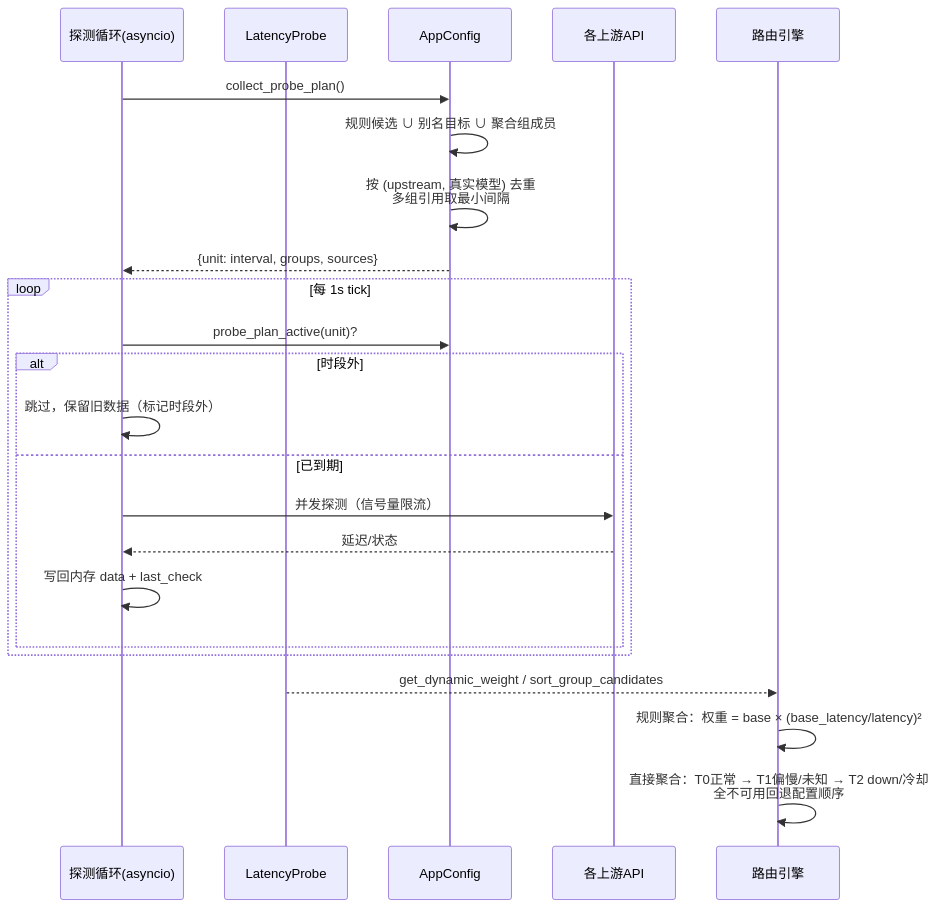
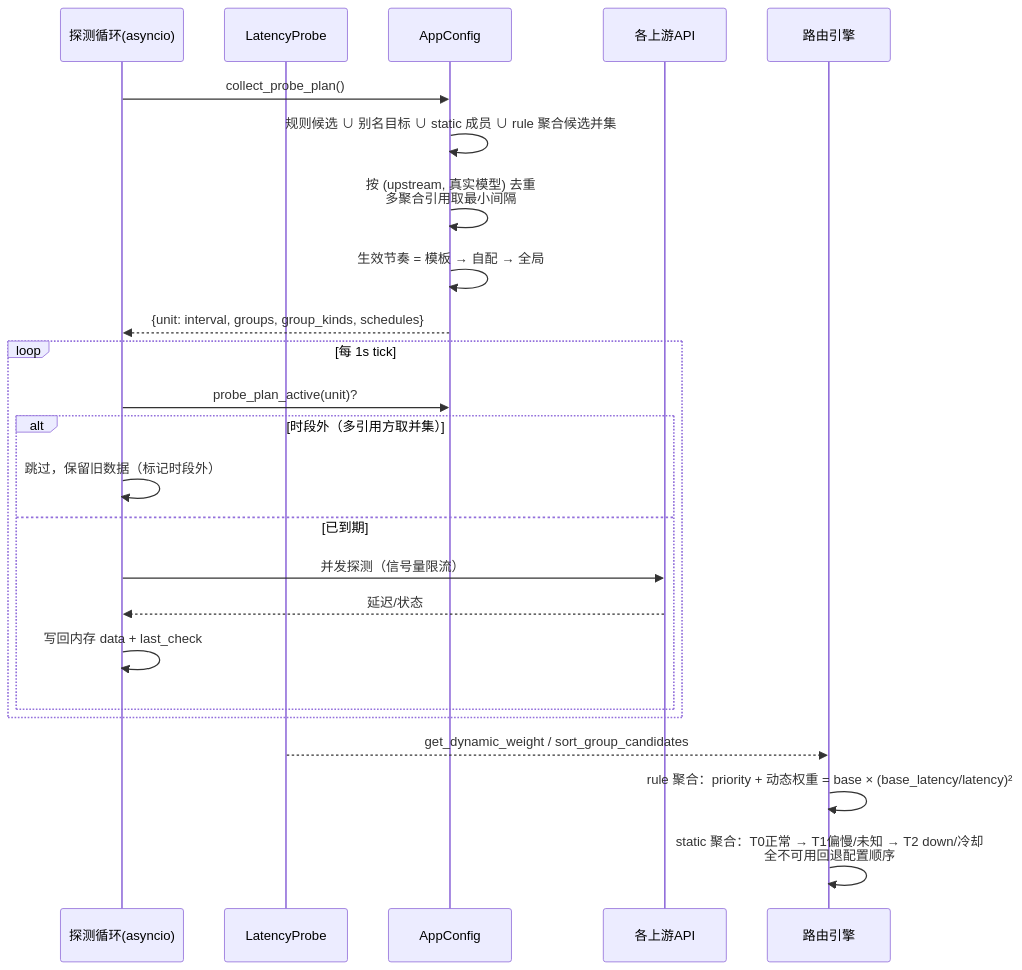
One commit to 66wjz/smart_router changed the second of 4 diagrams in docs/系统核心流程.md. Above: the diagram before and after it, drawn with Mermaid. The commit also changed other lines of this file and 39 other files, not shown here.

First line of the commit message:
CH-023: 聚合模型统一（static/rule）+ 探测模板 + 探测排班表

````diff
--- a/docs/系统核心流程.md
+++ b/docs/系统核心流程.md
@@ -66,26 +66,27 @@
 ```mermaid
 sequenceDiagram
     participant T as 探测循环(asyncio)
     participant P as LatencyProbe
     participant C as AppConfig
     participant U as 各上游API
     participant E as 路由引擎
 
     T->>C: collect_probe_plan()
-    C->>C: 规则候选 ∪ 别名目标 ∪ 聚合组成员
-    C->>C: 按 (upstream, 真实模型) 去重<br/>多组引用取最小间隔
-    C-->>T: {unit: interval, groups, sources}
+    C->>C: 规则候选 ∪ 别名目标 ∪ static 成员 ∪ rule 聚合候选并集
+    C->>C: 按 (upstream, 真实模型) 去重<br/>多聚合引用取最小间隔
+    C->>C: 生效节奏 = 模板 → 自配 → 全局
+    C-->>T: {unit: interval, groups, group_kinds, schedules}
     loop 每 1s tick
         T->>C: probe_plan_active(unit)?
-        alt 时段外
+        alt 时段外（多引用方取并集）
             T->>T: 跳过，保留旧数据（标记时段外）
         else 已到期
             T->>U: 并发探测（信号量限流）
             U-->>T: 延迟/状态
             T->>T: 写回内存 data + last_check
         end
     end
     P-->>E: get_dynamic_weight / sort_group_candidates
-    E->>E: 规则聚合：权重 = base × (base_latency/latency)²
-    E->>E: 直接聚合：T0正常 → T1偏慢/未知 → T2 down/冷却<br/>全不可用回退配置顺序
+    E->>E: rule 聚合：priority + 动态权重 = base × (base_latency/latency)²
+    E->>E: static 聚合：T0正常 → T1偏慢/未知 → T2 down/冷却<br/>全不可用回退配置顺序
 ```
````
